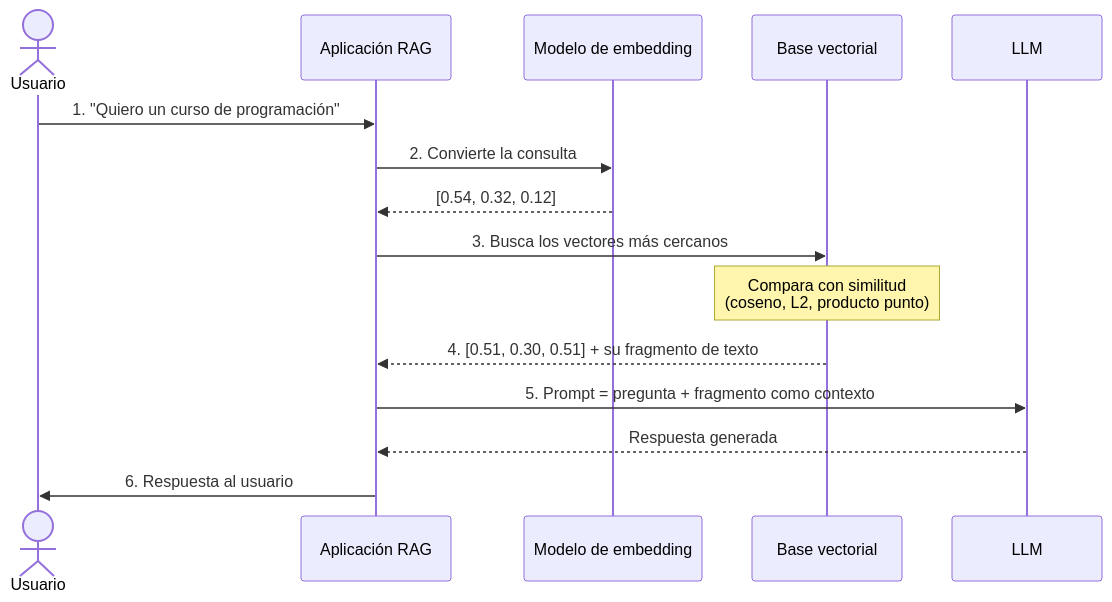
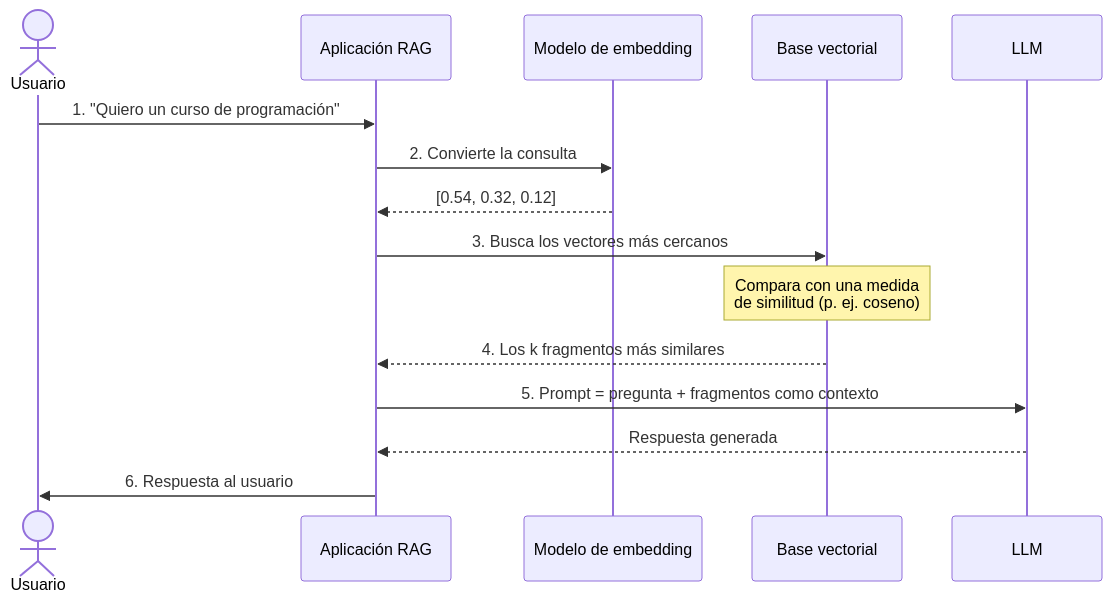
Before and after one commit to jcontrerasm/jcontrerasm.github.io: the sixth of 7 diagrams in src/content/blog/es/que-es-rag.md, drawn with Mermaid. The commit also changed other lines of this file and 21 other files, not shown here.

````diff
--- a/src/content/blog/es/que-es-rag.md
+++ b/src/content/blog/es/que-es-rag.md
@@ -125,17 +171,17 @@
 ```mermaid
 sequenceDiagram
     actor U as Usuario
     participant App as Aplicación RAG
     participant E as Modelo de embedding
     participant DB as Base vectorial
     participant L as LLM
     U->>App: 1. "Quiero un curso de programación"
     App->>E: 2. Convierte la consulta
     E-->>App: [0.54, 0.32, 0.12]
     App->>DB: 3. Busca los vectores más cercanos
-    Note over DB: Compara con similitud<br/>(coseno, L2, producto punto)
-    DB-->>App: 4. [0.51, 0.30, 0.51] + su fragmento de texto
-    App->>L: 5. Prompt = pregunta + fragmento como contexto
+    Note over DB: Compara con una medida<br/>de similitud (p. ej. coseno)
+    DB-->>App: 4. Los k fragmentos más similares
+    App->>L: 5. Prompt = pregunta + fragmentos como contexto
     L-->>App: Respuesta generada
     App->>U: 6. Respuesta al usuario
 ```
````
